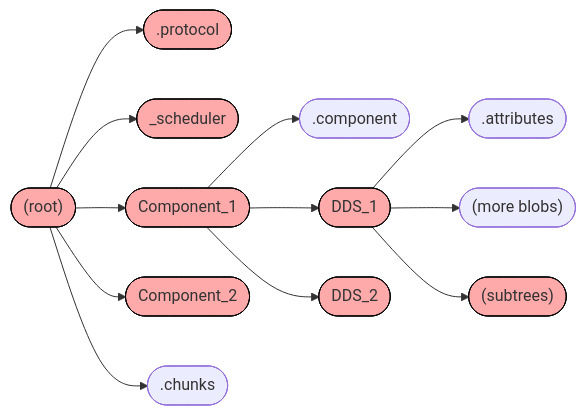
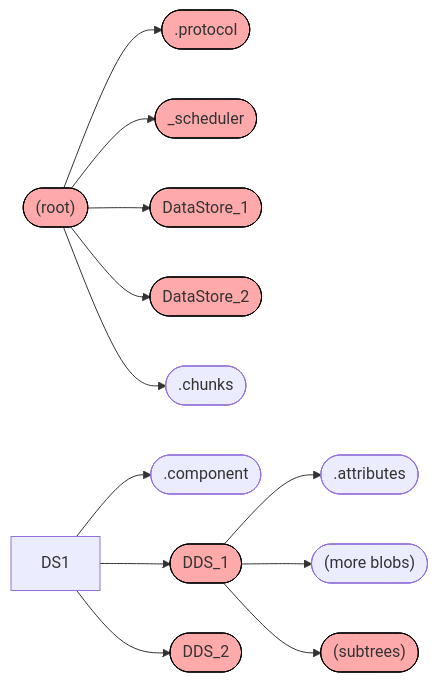
The first of 2 diagrams in docs/content/docs/advanced/summarizer.md (microsoft/FluidFramework), drawn with Mermaid before and after one commit. The commit also changed other lines of this file and 18 other files, not shown here.

```diff
--- a/docs/content/docs/advanced/summarizer.md
+++ b/docs/content/docs/advanced/summarizer.md
@@ -14,16 +14,16 @@
 {{< mermaid >}}
 graph LR
   A(["(root)"]) --> B([.protocol])
   A --> S([_scheduler])
-  A --> C1([Component_1])
-  A --> C2([Component_2])
+  A --> C1([DataStore_1])
+  A --> C2([DataStore_2])
   A --> CH([.chunks])
-  C1 --> .C([.component])
-  C1 --> D1([DDS_1])
-  C1 --> D2([DDS_2])
+  DS1 --> .DS([.component])
+  DS1 --> D1([DDS_1])
+  DS1 --> D2([DDS_2])
   D1 --> .D([.attributes])
   D1 --> SB(["(more blobs)"])
   D1 --> ST(["(subtrees)"])
   classDef tree fill:#faa,stroke:#000
   class A,B,S,C1,C2,D1,D2,ST tree
 {{< /mermaid >}}
```
